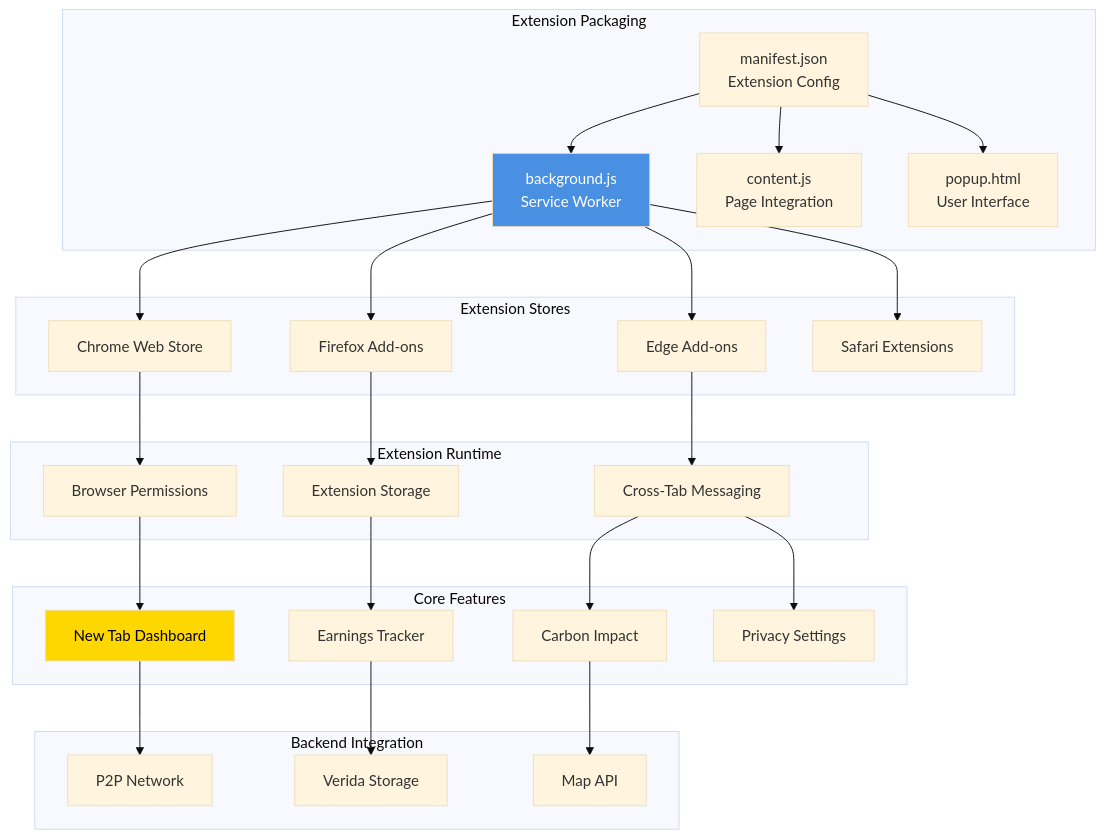
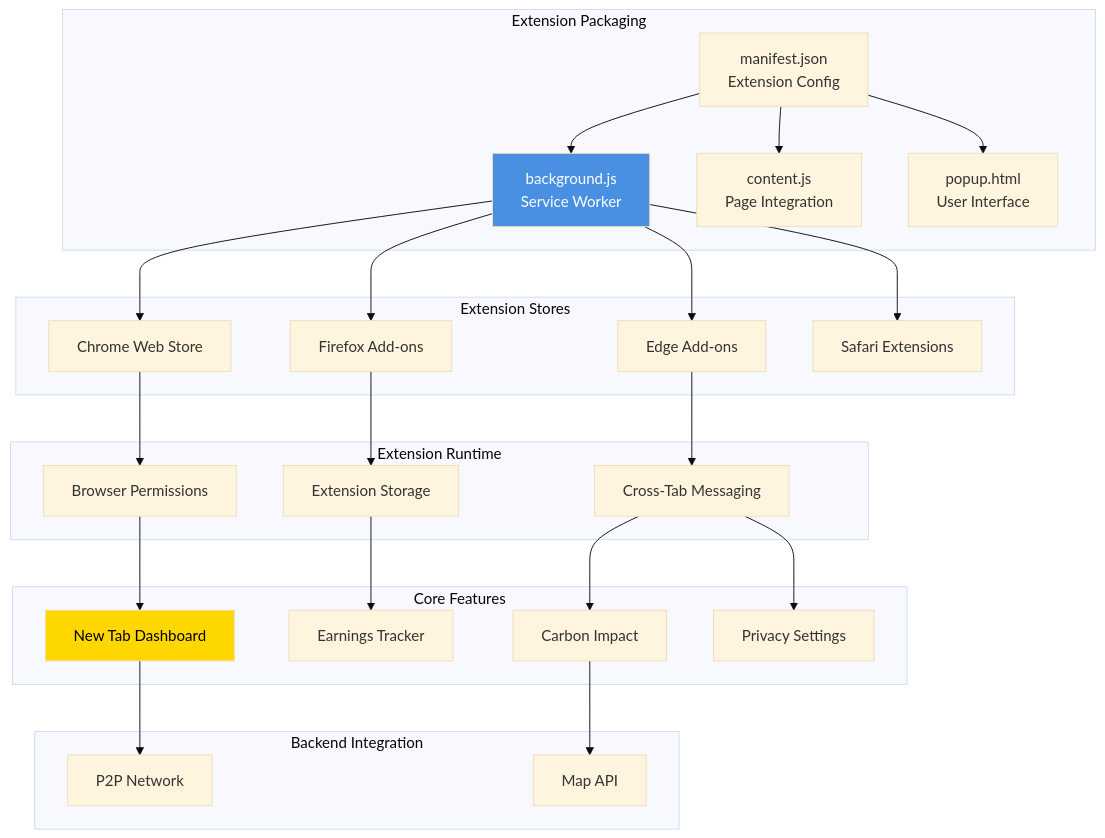
One commit to Kwaai-AI-Lab/KwaaiNet changed the second of 17 diagrams in docs/DEPLOYMENT_ARCHITECTURE.md. Above: the diagram before and after it, drawn with Mermaid (base theme). The commit also changed other lines of this file and 28 other files, not shown here.

````diff
--- a/docs/DEPLOYMENT_ARCHITECTURE.md
+++ b/docs/DEPLOYMENT_ARCHITECTURE.md
@@ -94,60 +94,58 @@
 ```mermaid
 graph TB
     subgraph "Extension Packaging"
         Manifest[manifest.json<br/>Extension Config]
         Background[background.js<br/>Service Worker]
         Content[content.js<br/>Page Integration]
         Popup[popup.html<br/>User Interface]
     end
 
     subgraph "Extension Stores"
         Chrome[Chrome Web Store]
         Firefox[Firefox Add-ons]
         Edge[Edge Add-ons]
         Safari[Safari Extensions]
     end
 
     subgraph "Extension Runtime"
         Permissions[Browser Permissions]
         Storage[Extension Storage]
         Messaging[Cross-Tab Messaging]
     end
 
     subgraph "Core Features"
         Dashboard[New Tab Dashboard]
         Earnings[Earnings Tracker]
         Carbon[Carbon Impact]
         Settings[Privacy Settings]
     end
 
     subgraph "Backend Integration"
         P2P[P2P Network]
-        Verida[Verida Storage]
         MapAPI[Map API]
     end
 
     Manifest --> Background
     Manifest --> Content
     Manifest --> Popup
 
     Background --> Chrome
     Background --> Firefox
     Background --> Edge
     Background --> Safari
 
     Chrome --> Permissions
     Firefox --> Storage
     Edge --> Messaging
 
     Permissions --> Dashboard
     Storage --> Earnings
     Messaging --> Carbon
     Messaging --> Settings
 
     Dashboard --> P2P
-    Earnings --> Verida
     Carbon --> MapAPI
 
     style Background fill:#4A90E2,color:#fff
     style Dashboard fill:#FFD700,color:#000
 ```
````
